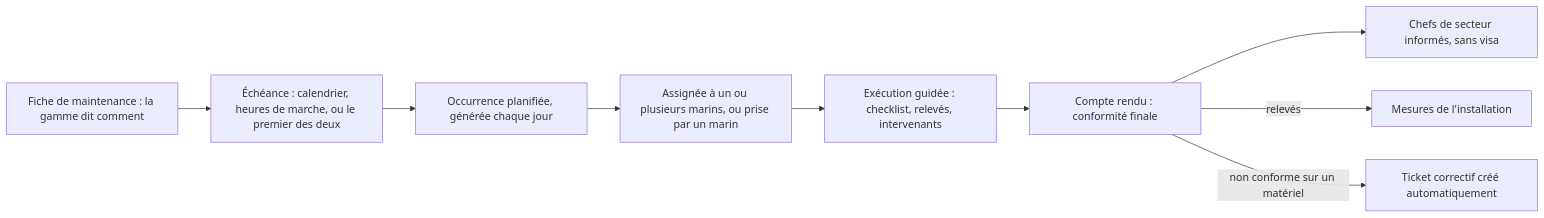
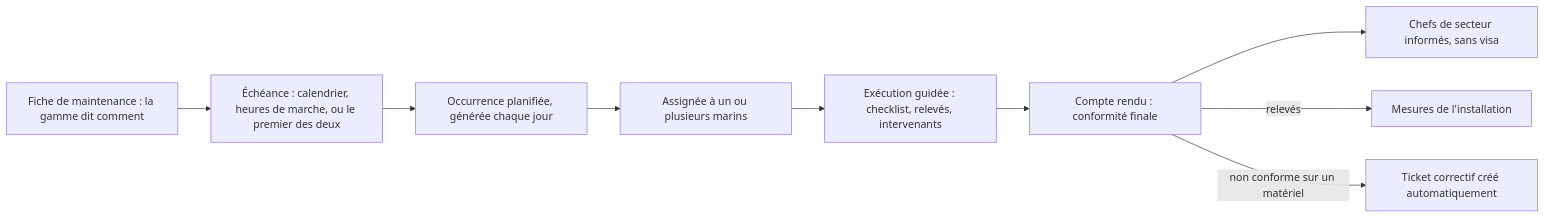
One commit to Mattrix2211/Matrix changed the diagram in docs/dossier-technique/schemas/src/S24_du_plan_a_la_realisation.mmd. Above: the diagram before and after it, drawn with Mermaid. The commit also changed 82 other files, not shown here.

```diff
--- a/docs/dossier-technique/schemas/src/S24_du_plan_a_la_realisation.mmd
+++ b/docs/dossier-technique/schemas/src/S24_du_plan_a_la_realisation.mmd
@@ -1,11 +1,11 @@
 flowchart LR
   FI["Fiche de maintenance : la gamme dit comment"]
   EC["Échéance : calendrier, heures de marche, ou le premier des deux"]
   OC["Occurrence planifiée, générée chaque jour"]
-  AS["Assignée à un ou plusieurs marins, ou prise par un marin"]
+  AS["Assignée à un ou plusieurs marins"]
   EX["Exécution guidée : checklist, relevés, intervenants"]
   CR["Compte rendu : conformité finale"]
   IN["Chefs de secteur informés, sans visa"]
   FI --> EC --> OC --> AS --> EX --> CR --> IN
   CR -->|"relevés"| ME["Mesures de l'installation"]
   CR -->|"non conforme sur un matériel"| TI["Ticket correctif créé automatiquement"]
```
